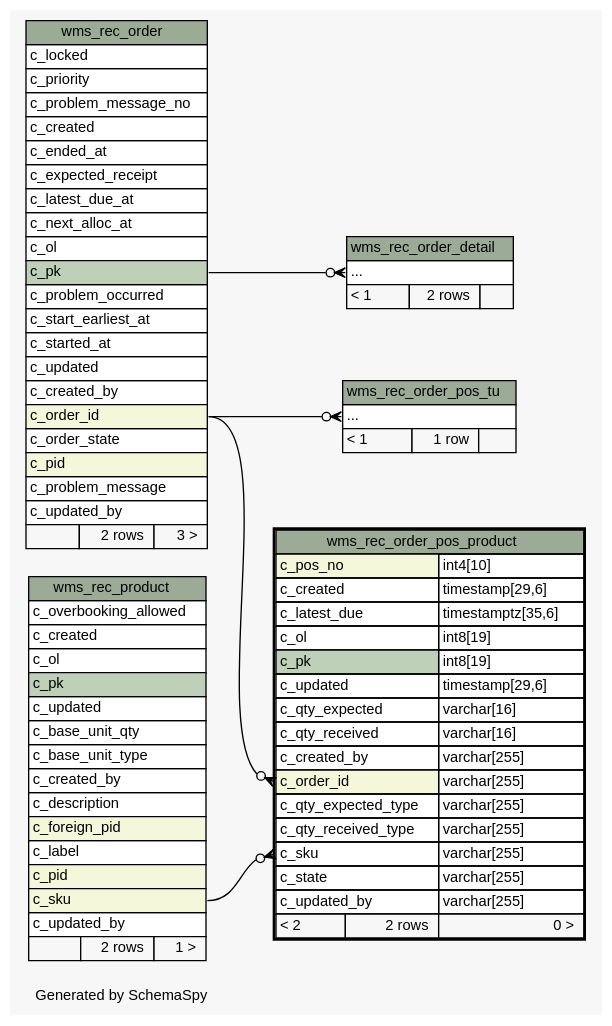
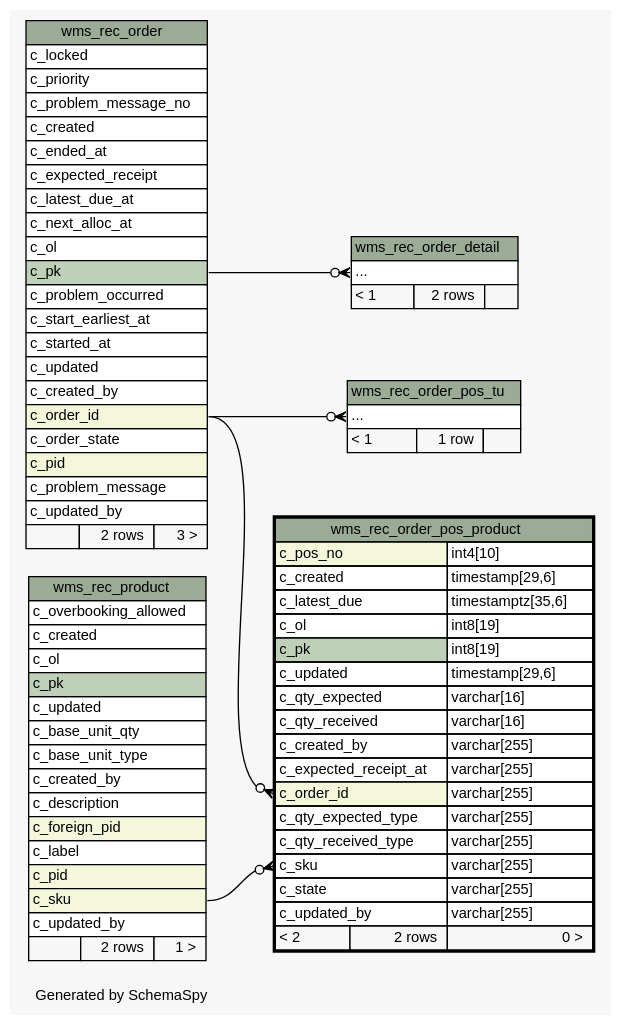
Before and after one commit to openwms/org.openwms.wms.receiving.lib: the diagram in 1.0.0-SNAPSHOT/schemaspy/diagrams/wms_rec_order_pos_product.2degrees.dot, drawn with Graphviz. The commit also changed 508 other files, not shown here.

```diff
--- a/1.0.0-SNAPSHOT/schemaspy/diagrams/wms_rec_order_pos_product.2degrees.dot
+++ b/1.0.0-SNAPSHOT/schemaspy/diagrams/wms_rec_order_pos_product.2degrees.dot
@@ -1,122 +1,123 @@
 // dot 2.43.0 on Linux 6.5.0-1025-azure
 // SchemaSpy rev Unknown
 digraph "twoDegreesRelationshipsDiagram" {
   graph [
     rankdir="RL"
     bgcolor="#f7f7f7"
     label="\nGenerated by SchemaSpy"
     labeljust="l"
     nodesep="0.18"
     ranksep="0.46"
     fontname="Helvetica"
     fontsize="11"
   ];
   node [
     fontname="Helvetica"
     fontsize="11"
     shape="plaintext"
   ];
   edge [
     arrowsize="0.8"
   ];
   "wms_rec_order_detail":"elipses":w -> "wms_rec_order":"c_pk":e [arrowhead=none dir=back arrowtail=crowodot];
   "wms_rec_order_pos_product":"c_order_id":w -> "wms_rec_order":"c_order_id":e [arrowhead=none dir=back arrowtail=crowodot];
   "wms_rec_order_pos_product":"c_sku":w -> "wms_rec_product":"c_sku":e [arrowhead=none dir=back arrowtail=crowodot];
   "wms_rec_order_pos_tu":"elipses":w -> "wms_rec_order":"c_order_id":e [arrowhead=none dir=back arrowtail=crowodot];
   "wms_rec_order" [
     label=<
     <TABLE BORDER="0" CELLBORDER="1" CELLSPACING="0" BGCOLOR="#ffffff">
       <TR><TD COLSPAN="3" BGCOLOR="#9bab96" ALIGN="CENTER">wms_rec_order</TD></TR>
       <TR><TD PORT="c_locked" COLSPAN="3" ALIGN="LEFT">c_locked</TD></TR>
       <TR><TD PORT="c_priority" COLSPAN="3" ALIGN="LEFT">c_priority</TD></TR>
       <TR><TD PORT="c_problem_message_no" COLSPAN="3" ALIGN="LEFT">c_problem_message_no</TD></TR>
       <TR><TD PORT="c_created" COLSPAN="3" ALIGN="LEFT">c_created</TD></TR>
       <TR><TD PORT="c_ended_at" COLSPAN="3" ALIGN="LEFT">c_ended_at</TD></TR>
       <TR><TD PORT="c_expected_receipt" COLSPAN="3" ALIGN="LEFT">c_expected_receipt</TD></TR>
       <TR><TD PORT="c_latest_due_at" COLSPAN="3" ALIGN="LEFT">c_latest_due_at</TD></TR>
       <TR><TD PORT="c_next_alloc_at" COLSPAN="3" ALIGN="LEFT">c_next_alloc_at</TD></TR>
       <TR><TD PORT="c_ol" COLSPAN="3" ALIGN="LEFT">c_ol</TD></TR>
       <TR><TD PORT="c_pk" COLSPAN="3" BGCOLOR="#bed1b8" ALIGN="LEFT">c_pk</TD></TR>
       <TR><TD PORT="c_problem_occurred" COLSPAN="3" ALIGN="LEFT">c_problem_occurred</TD></TR>
       <TR><TD PORT="c_start_earliest_at" COLSPAN="3" ALIGN="LEFT">c_start_earliest_at</TD></TR>
       <TR><TD PORT="c_started_at" COLSPAN="3" ALIGN="LEFT">c_started_at</TD></TR>
       <TR><TD PORT="c_updated" COLSPAN="3" ALIGN="LEFT">c_updated</TD></TR>
       <TR><TD PORT="c_created_by" COLSPAN="3" ALIGN="LEFT">c_created_by</TD></TR>
       <TR><TD PORT="c_order_id" COLSPAN="3" BGCOLOR="#f4f7da" ALIGN="LEFT">c_order_id</TD></TR>
       <TR><TD PORT="c_order_state" COLSPAN="3" ALIGN="LEFT">c_order_state</TD></TR>
       <TR><TD PORT="c_pid" COLSPAN="3" BGCOLOR="#f4f7da" ALIGN="LEFT">c_pid</TD></TR>
       <TR><TD PORT="c_problem_message" COLSPAN="3" ALIGN="LEFT">c_problem_message</TD></TR>
       <TR><TD PORT="c_updated_by" COLSPAN="3" ALIGN="LEFT">c_updated_by</TD></TR>
       <TR><TD ALIGN="LEFT" BGCOLOR="#f7f7f7">  </TD><TD ALIGN="RIGHT" BGCOLOR="#f7f7f7">2 rows</TD><TD ALIGN="RIGHT" BGCOLOR="#f7f7f7">3 &gt;</TD></TR>
     </TABLE>>
     URL="wms_rec_order.html"
     tooltip="wms_rec_order"
   ];
   "wms_rec_order_detail" [
     label=<
     <TABLE BORDER="0" CELLBORDER="1" CELLSPACING="0" BGCOLOR="#ffffff">
       <TR><TD COLSPAN="3" BGCOLOR="#9bab96" ALIGN="CENTER">wms_rec_order_detail</TD></TR>
       <TR><TD PORT="elipses" COLSPAN="3" ALIGN="LEFT">...</TD></TR>
       <TR><TD ALIGN="LEFT" BGCOLOR="#f7f7f7">&lt; 1</TD><TD ALIGN="RIGHT" BGCOLOR="#f7f7f7">2 rows</TD><TD ALIGN="RIGHT" BGCOLOR="#f7f7f7">  </TD></TR>
     </TABLE>>
     URL="wms_rec_order_detail.html"
     tooltip="wms_rec_order_detail"
   ];
   "wms_rec_order_pos_product" [
     label=<
     <TABLE BORDER="2" CELLBORDER="1" CELLSPACING="0" BGCOLOR="#ffffff">
       <TR><TD COLSPAN="3" BGCOLOR="#9bab96" ALIGN="CENTER">wms_rec_order_pos_product</TD></TR>
       <TR><TD PORT="c_pos_no" COLSPAN="2" BGCOLOR="#f4f7da" ALIGN="LEFT">c_pos_no</TD><TD PORT="c_pos_no.type" ALIGN="LEFT">int4[10]</TD></TR>
       <TR><TD PORT="c_created" COLSPAN="2" ALIGN="LEFT">c_created</TD><TD PORT="c_created.type" ALIGN="LEFT">timestamp[29,6]</TD></TR>
       <TR><TD PORT="c_latest_due" COLSPAN="2" ALIGN="LEFT">c_latest_due</TD><TD PORT="c_latest_due.type" ALIGN="LEFT">timestamptz[35,6]</TD></TR>
       <TR><TD PORT="c_ol" COLSPAN="2" ALIGN="LEFT">c_ol</TD><TD PORT="c_ol.type" ALIGN="LEFT">int8[19]</TD></TR>
       <TR><TD PORT="c_pk" COLSPAN="2" BGCOLOR="#bed1b8" ALIGN="LEFT">c_pk</TD><TD PORT="c_pk.type" ALIGN="LEFT">int8[19]</TD></TR>
       <TR><TD PORT="c_updated" COLSPAN="2" ALIGN="LEFT">c_updated</TD><TD PORT="c_updated.type" ALIGN="LEFT">timestamp[29,6]</TD></TR>
       <TR><TD PORT="c_qty_expected" COLSPAN="2" ALIGN="LEFT">c_qty_expected</TD><TD PORT="c_qty_expected.type" ALIGN="LEFT">varchar[16]</TD></TR>
       <TR><TD PORT="c_qty_received" COLSPAN="2" ALIGN="LEFT">c_qty_received</TD><TD PORT="c_qty_received.type" ALIGN="LEFT">varchar[16]</TD></TR>
       <TR><TD PORT="c_created_by" COLSPAN="2" ALIGN="LEFT">c_created_by</TD><TD PORT="c_created_by.type" ALIGN="LEFT">varchar[255]</TD></TR>
+      <TR><TD PORT="c_expected_receipt_at" COLSPAN="2" ALIGN="LEFT">c_expected_receipt_at</TD><TD PORT="c_expected_receipt_at.type" ALIGN="LEFT">varchar[255]</TD></TR>
       <TR><TD PORT="c_order_id" COLSPAN="2" BGCOLOR="#f4f7da" ALIGN="LEFT">c_order_id</TD><TD PORT="c_order_id.type" ALIGN="LEFT">varchar[255]</TD></TR>
       <TR><TD PORT="c_qty_expected_type" COLSPAN="2" ALIGN="LEFT">c_qty_expected_type</TD><TD PORT="c_qty_expected_type.type" ALIGN="LEFT">varchar[255]</TD></TR>
       <TR><TD PORT="c_qty_received_type" COLSPAN="2" ALIGN="LEFT">c_qty_received_type</TD><TD PORT="c_qty_received_type.type" ALIGN="LEFT">varchar[255]</TD></TR>
       <TR><TD PORT="c_sku" COLSPAN="2" ALIGN="LEFT">c_sku</TD><TD PORT="c_sku.type" ALIGN="LEFT">varchar[255]</TD></TR>
       <TR><TD PORT="c_state" COLSPAN="2" ALIGN="LEFT">c_state</TD><TD PORT="c_state.type" ALIGN="LEFT">varchar[255]</TD></TR>
       <TR><TD PORT="c_updated_by" COLSPAN="2" ALIGN="LEFT">c_updated_by</TD><TD PORT="c_updated_by.type" ALIGN="LEFT">varchar[255]</TD></TR>
       <TR><TD ALIGN="LEFT" BGCOLOR="#f7f7f7">&lt; 2</TD><TD ALIGN="RIGHT" BGCOLOR="#f7f7f7">2 rows</TD><TD ALIGN="RIGHT" BGCOLOR="#f7f7f7">0 &gt;</TD></TR>
     </TABLE>>
     URL="wms_rec_order_pos_product.html"
     tooltip="wms_rec_order_pos_product"
   ];
   "wms_rec_order_pos_tu" [
     label=<
     <TABLE BORDER="0" CELLBORDER="1" CELLSPACING="0" BGCOLOR="#ffffff">
       <TR><TD COLSPAN="3" BGCOLOR="#9bab96" ALIGN="CENTER">wms_rec_order_pos_tu</TD></TR>
       <TR><TD PORT="elipses" COLSPAN="3" ALIGN="LEFT">...</TD></TR>
       <TR><TD ALIGN="LEFT" BGCOLOR="#f7f7f7">&lt; 1</TD><TD ALIGN="RIGHT" BGCOLOR="#f7f7f7">1 row</TD><TD ALIGN="RIGHT" BGCOLOR="#f7f7f7">  </TD></TR>
     </TABLE>>
     URL="wms_rec_order_pos_tu.html"
     tooltip="wms_rec_order_pos_tu"
   ];
   "wms_rec_product" [
     label=<
     <TABLE BORDER="0" CELLBORDER="1" CELLSPACING="0" BGCOLOR="#ffffff">
       <TR><TD COLSPAN="3" BGCOLOR="#9bab96" ALIGN="CENTER">wms_rec_product</TD></TR>
       <TR><TD PORT="c_overbooking_allowed" COLSPAN="3" ALIGN="LEFT">c_overbooking_allowed</TD></TR>
       <TR><TD PORT="c_created" COLSPAN="3" ALIGN="LEFT">c_created</TD></TR>
       <TR><TD PORT="c_ol" COLSPAN="3" ALIGN="LEFT">c_ol</TD></TR>
       <TR><TD PORT="c_pk" COLSPAN="3" BGCOLOR="#bed1b8" ALIGN="LEFT">c_pk</TD></TR>
       <TR><TD PORT="c_updated" COLSPAN="3" ALIGN="LEFT">c_updated</TD></TR>
       <TR><TD PORT="c_base_unit_qty" COLSPAN="3" ALIGN="LEFT">c_base_unit_qty</TD></TR>
       <TR><TD PORT="c_base_unit_type" COLSPAN="3" ALIGN="LEFT">c_base_unit_type</TD></TR>
       <TR><TD PORT="c_created_by" COLSPAN="3" ALIGN="LEFT">c_created_by</TD></TR>
       <TR><TD PORT="c_description" COLSPAN="3" ALIGN="LEFT">c_description</TD></TR>
       <TR><TD PORT="c_foreign_pid" COLSPAN="3" BGCOLOR="#f4f7da" ALIGN="LEFT">c_foreign_pid</TD></TR>
       <TR><TD PORT="c_label" COLSPAN="3" ALIGN="LEFT">c_label</TD></TR>
       <TR><TD PORT="c_pid" COLSPAN="3" BGCOLOR="#f4f7da" ALIGN="LEFT">c_pid</TD></TR>
       <TR><TD PORT="c_sku" COLSPAN="3" BGCOLOR="#f4f7da" ALIGN="LEFT">c_sku</TD></TR>
       <TR><TD PORT="c_updated_by" COLSPAN="3" ALIGN="LEFT">c_updated_by</TD></TR>
       <TR><TD ALIGN="LEFT" BGCOLOR="#f7f7f7">  </TD><TD ALIGN="RIGHT" BGCOLOR="#f7f7f7">2 rows</TD><TD ALIGN="RIGHT" BGCOLOR="#f7f7f7">1 &gt;</TD></TR>
     </TABLE>>
     URL="wms_rec_product.html"
     tooltip="wms_rec_product"
   ];
 }
```
